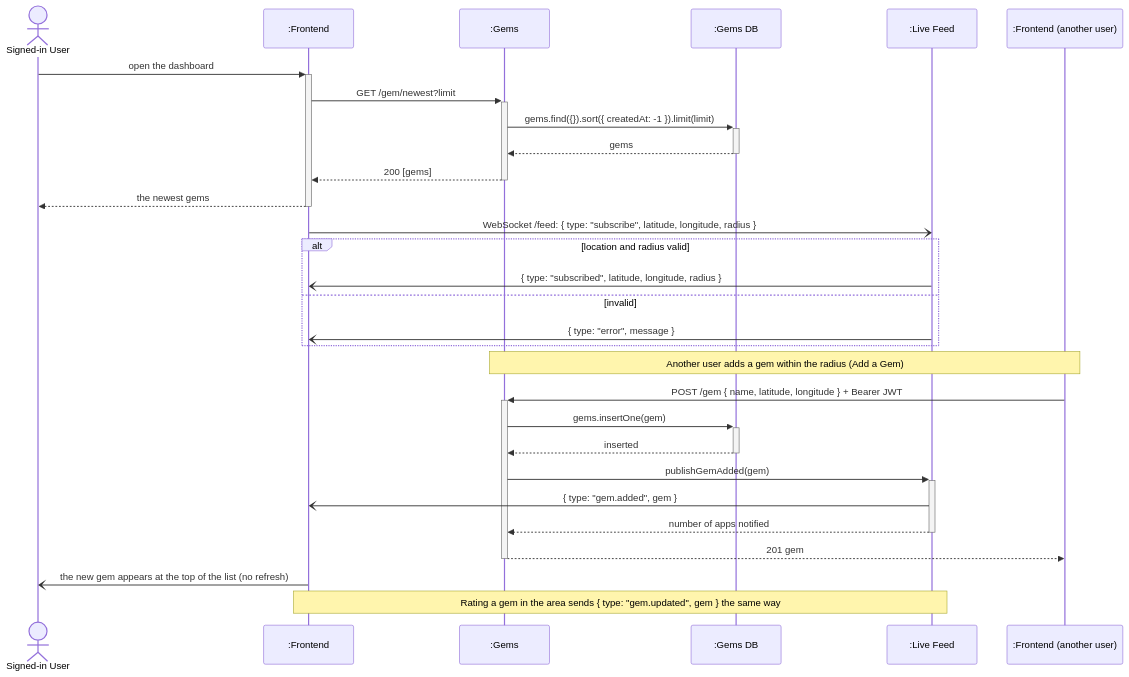
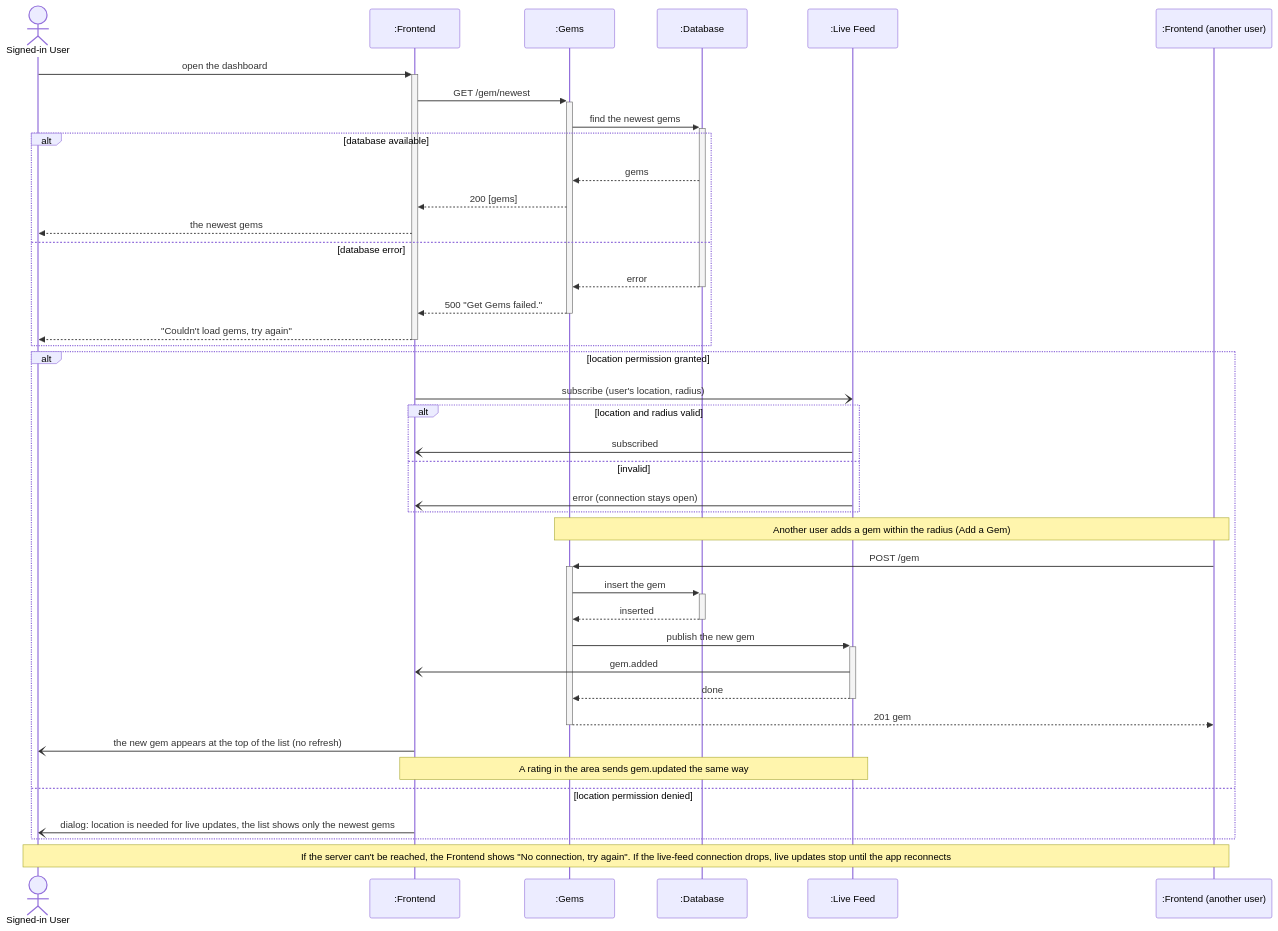
Before and after one commit to ubc-cpen-321-excavator/excavator: the diagram in documentation/diagrams/uc4_view_new_gems_nearby.mmd, drawn with Mermaid. The commit also changed 16 other files, not shown here.

Commit message:
docs: simplify diagrams and show every failure case

```diff
--- a/documentation/diagrams/uc4_view_new_gems_nearby.mmd
+++ b/documentation/diagrams/uc4_view_new_gems_nearby.mmd
@@ -1,32 +1,42 @@
 sequenceDiagram
   actor U as Signed-in User
   participant F as :Frontend
   participant G as :Gems
-  participant GDB as :Gems DB
+  participant DB as :Database
   participant LF as :Live Feed
   participant OF as :Frontend (another user)
 
   U->>+F: open the dashboard
-  F->>+G: GET /gem/newest?limit
-  G->>+GDB: gems.find({}).sort({ createdAt: -1 }).limit(limit)
-  GDB-->>-G: gems
-  G-->>-F: 200 [gems]
-  F-->>-U: the newest gems
-
-  F-)LF: WebSocket /feed: { type: "subscribe", latitude, longitude, radius }
-  alt location and radius valid
-    LF-)F: { type: "subscribed", latitude, longitude, radius }
-  else invalid
-    LF-)F: { type: "error", message }
+  F->>+G: GET /gem/newest
+  G->>+DB: find the newest gems
+  alt database available
+    DB-->>G: gems
+    G-->>F: 200 [gems]
+    F-->>U: the newest gems
+  else database error
+    DB-->>-G: error
+    G-->>-F: 500 "Get Gems failed."
+    F-->>-U: "Couldn't load gems, try again"
   end
 
-  Note over OF,G: Another user adds a gem within the radius (Add a Gem)
-  OF->>+G: POST /gem { name, latitude, longitude } + Bearer JWT
-  G->>+GDB: gems.insertOne(gem)
-  GDB-->>-G: inserted
-  G->>+LF: publishGemAdded(gem)
-  LF-)F: { type: "gem.added", gem }
-  LF-->>-G: number of apps notified
-  G-->>-OF: 201 gem
-  F-)U: the new gem appears at the top of the list (no refresh)
-  Note over F,LF: Rating a gem in the area sends { type: "gem.updated", gem } the same way
+  alt location permission granted
+    F-)LF: subscribe (user's location, radius)
+    alt location and radius valid
+      LF-)F: subscribed
+    else invalid
+      LF-)F: error (connection stays open)
+    end
+    Note over OF,G: Another user adds a gem within the radius (Add a Gem)
+    OF->>+G: POST /gem
+    G->>+DB: insert the gem
+    DB-->>-G: inserted
+    G->>+LF: publish the new gem
+    LF-)F: gem.added
+    LF-->>-G: done
+    G-->>-OF: 201 gem
+    F-)U: the new gem appears at the top of the list (no refresh)
+    Note over F,LF: A rating in the area sends gem.updated the same way
+  else location permission denied
+    F-)U: dialog: location is needed for live updates, the list shows only the newest gems
+  end
+  Note over U,OF: If the server can't be reached, the Frontend shows "No connection, try again". If the live-feed connection drops, live updates stop until the app reconnects
```
